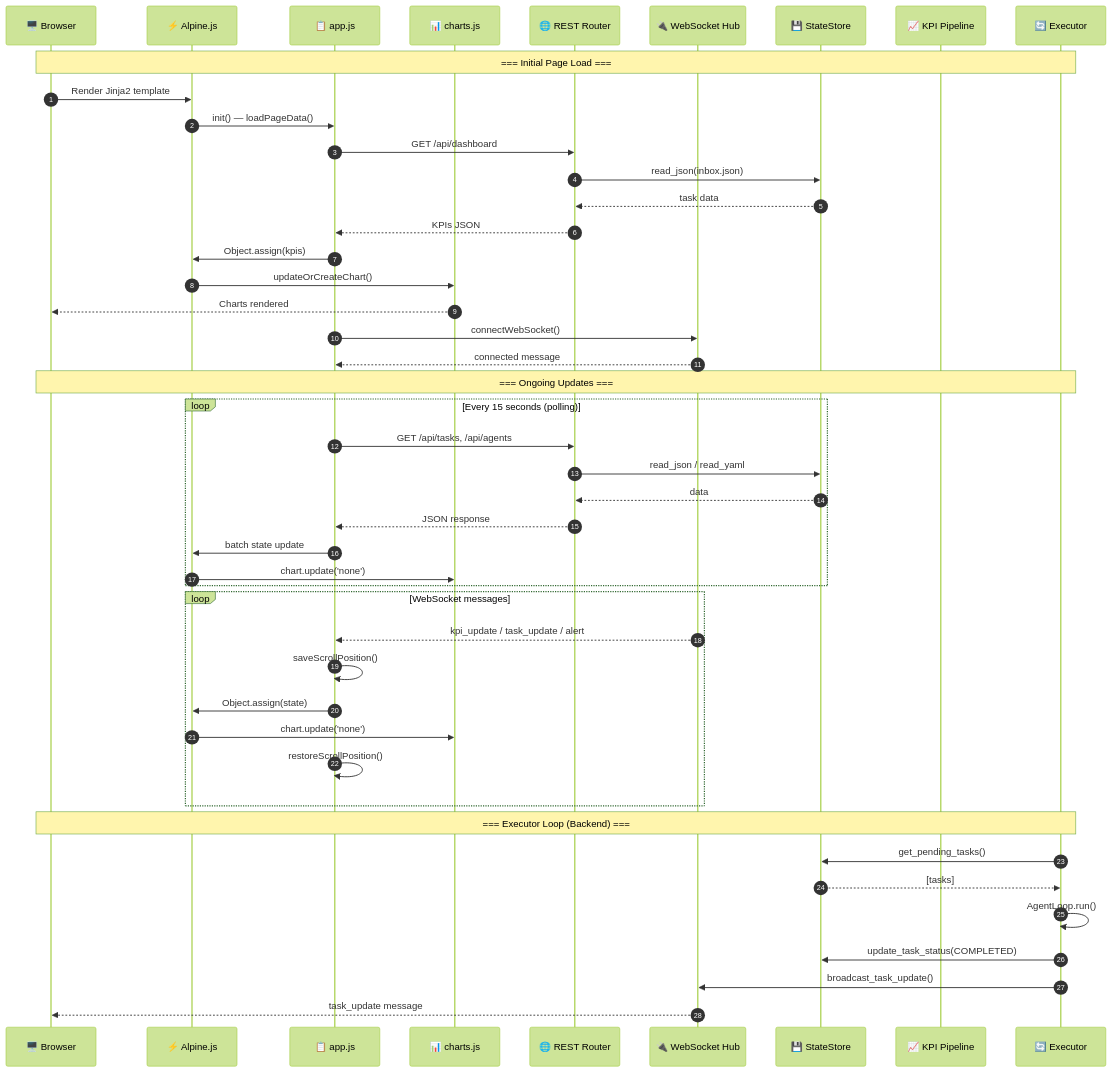
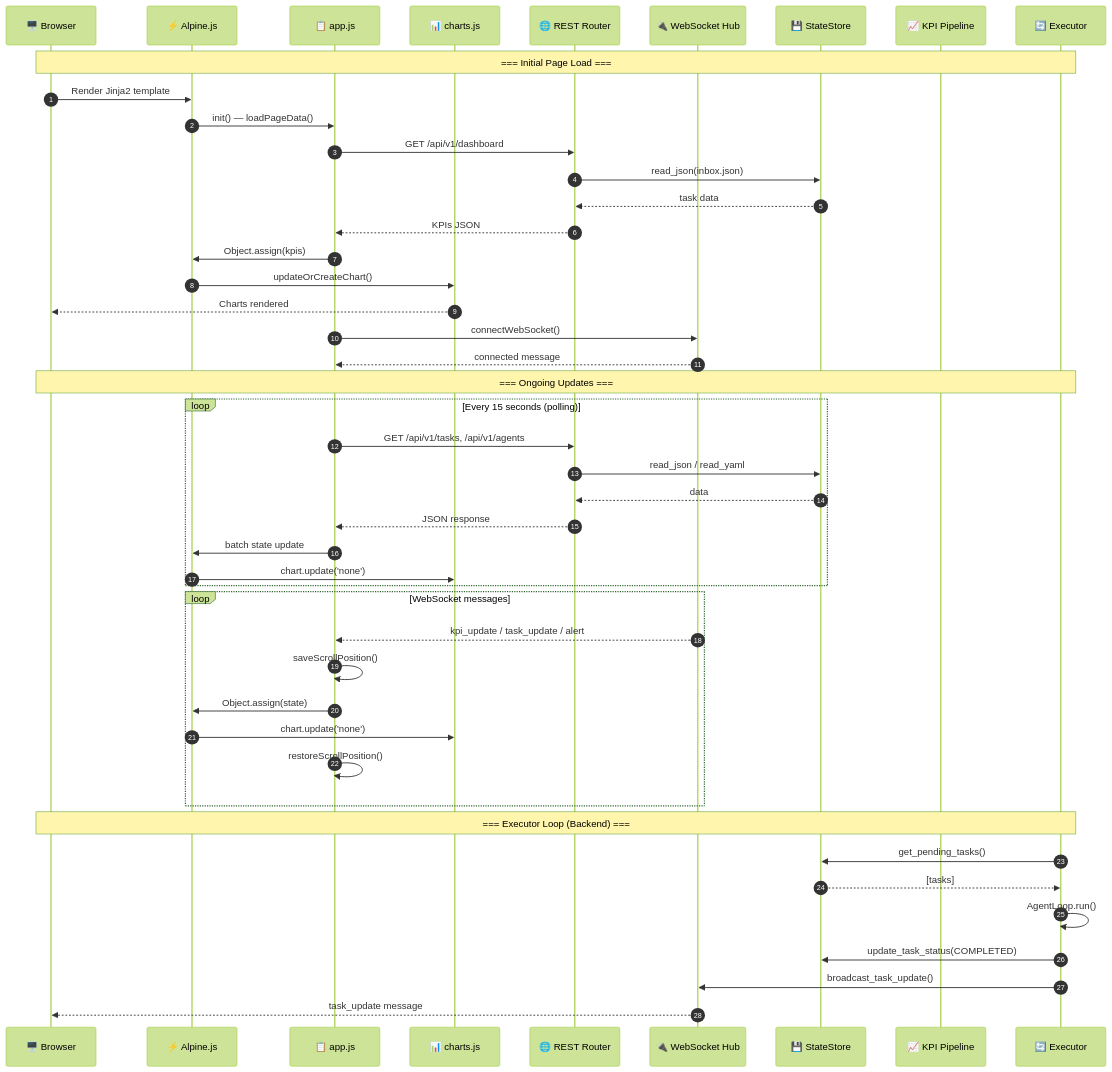
One commit to jmlusu/light-speed-holdings changed the second of 2 diagrams in docs/DASHBOARD_ARCHITECTURE.md. Above: the diagram before and after it, drawn with Mermaid (forest theme). The commit also changed other lines of this file and 45 other files, not shown here.

First line of the commit message:
docs: ADR-014 migrate API reference/callsites to /api/v1 and /ws/v1/dashboard

````diff
--- a/docs/DASHBOARD_ARCHITECTURE.md
+++ b/docs/DASHBOARD_ARCHITECTURE.md
@@ -259,57 +259,57 @@
 ```mermaid
 sequenceDiagram
     autonumber
 
     participant Browser as 🖥️ Browser
     participant Alpine as ⚡ Alpine.js
     participant AppJS as 📋 app.js
     participant Charts as 📊 charts.js
     participant REST as 🌐 REST Router
     participant WS as 🔌 WebSocket Hub
     participant Store as 💾 StateStore
     participant KPI as 📈 KPI Pipeline
     participant Executor as 🔄 Executor
 
     Note over Browser,Executor: === Initial Page Load ===
 
     Browser->>Alpine: Render Jinja2 template
     Alpine->>AppJS: init() — loadPageData()
-    AppJS->>REST: GET /api/dashboard
+    AppJS->>REST: GET /api/v1/dashboard
     REST->>Store: read_json(inbox.json)
     Store-->>REST: task data
     REST-->>AppJS: KPIs JSON
     AppJS->>Alpine: Object.assign(kpis)
     Alpine->>Charts: updateOrCreateChart()
     Charts-->>Browser: Charts rendered
 
     AppJS->>WS: connectWebSocket()
     WS-->>AppJS: connected message
 
     Note over Browser,Executor: === Ongoing Updates ===
 
     loop Every 15 seconds (polling)
-        AppJS->>REST: GET /api/tasks, /api/agents
+        AppJS->>REST: GET /api/v1/tasks, /api/v1/agents
         REST->>Store: read_json / read_yaml
         Store-->>REST: data
         REST-->>AppJS: JSON response
         AppJS->>Alpine: batch state update
         Alpine->>Charts: chart.update('none')
     end
 
     loop WebSocket messages
         WS-->>AppJS: kpi_update / task_update / alert
         AppJS->>AppJS: saveScrollPosition()
         AppJS->>Alpine: Object.assign(state)
         Alpine->>Charts: chart.update('none')
         AppJS->>AppJS: restoreScrollPosition()
     end
 
     Note over Browser,Executor: === Executor Loop (Backend) ===
 
     Executor->>Store: get_pending_tasks()
     Store-->>Executor: [tasks]
     Executor->>Executor: AgentLoop.run()
     Executor->>Store: update_task_status(COMPLETED)
     Executor->>WS: broadcast_task_update()
     WS-->>Browser: task_update message
 ```
````
